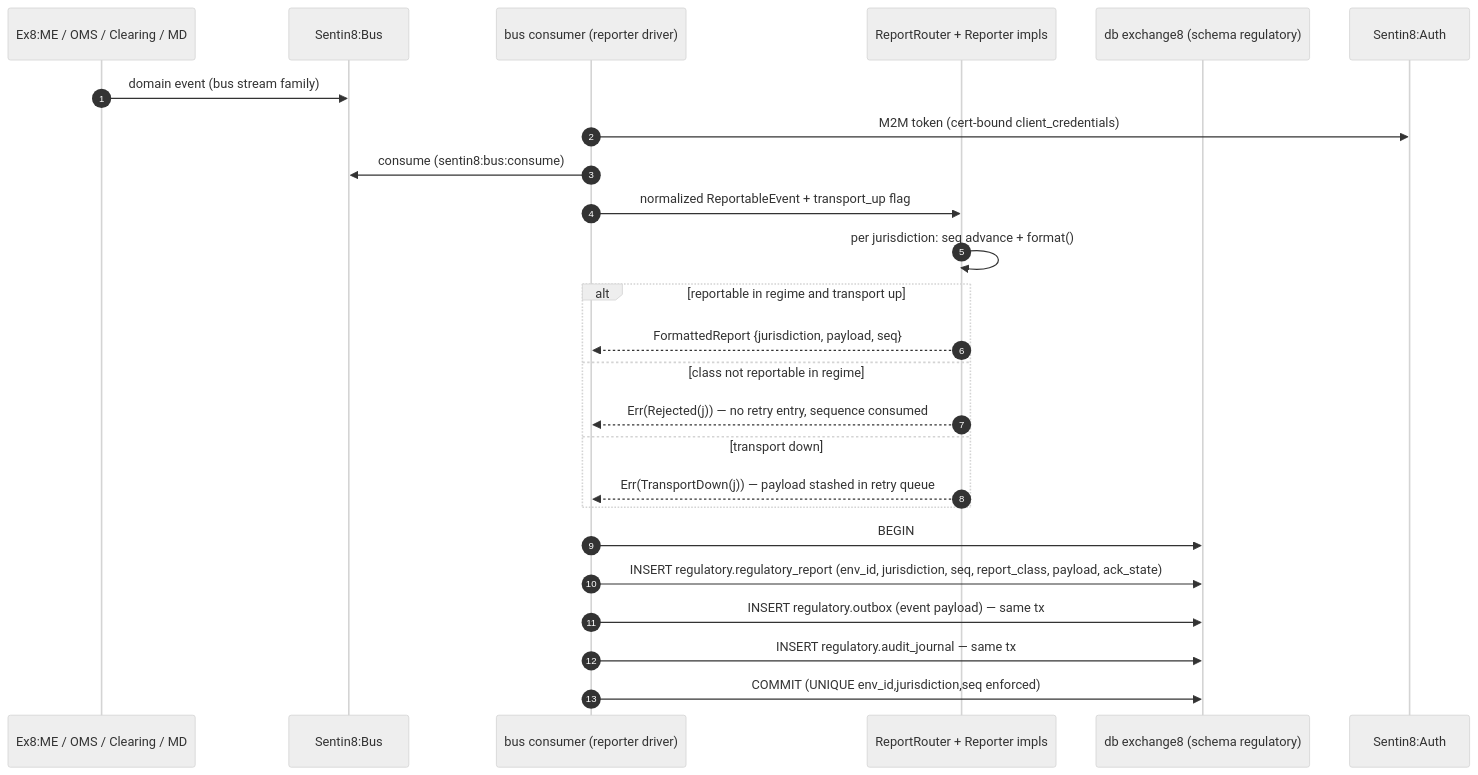
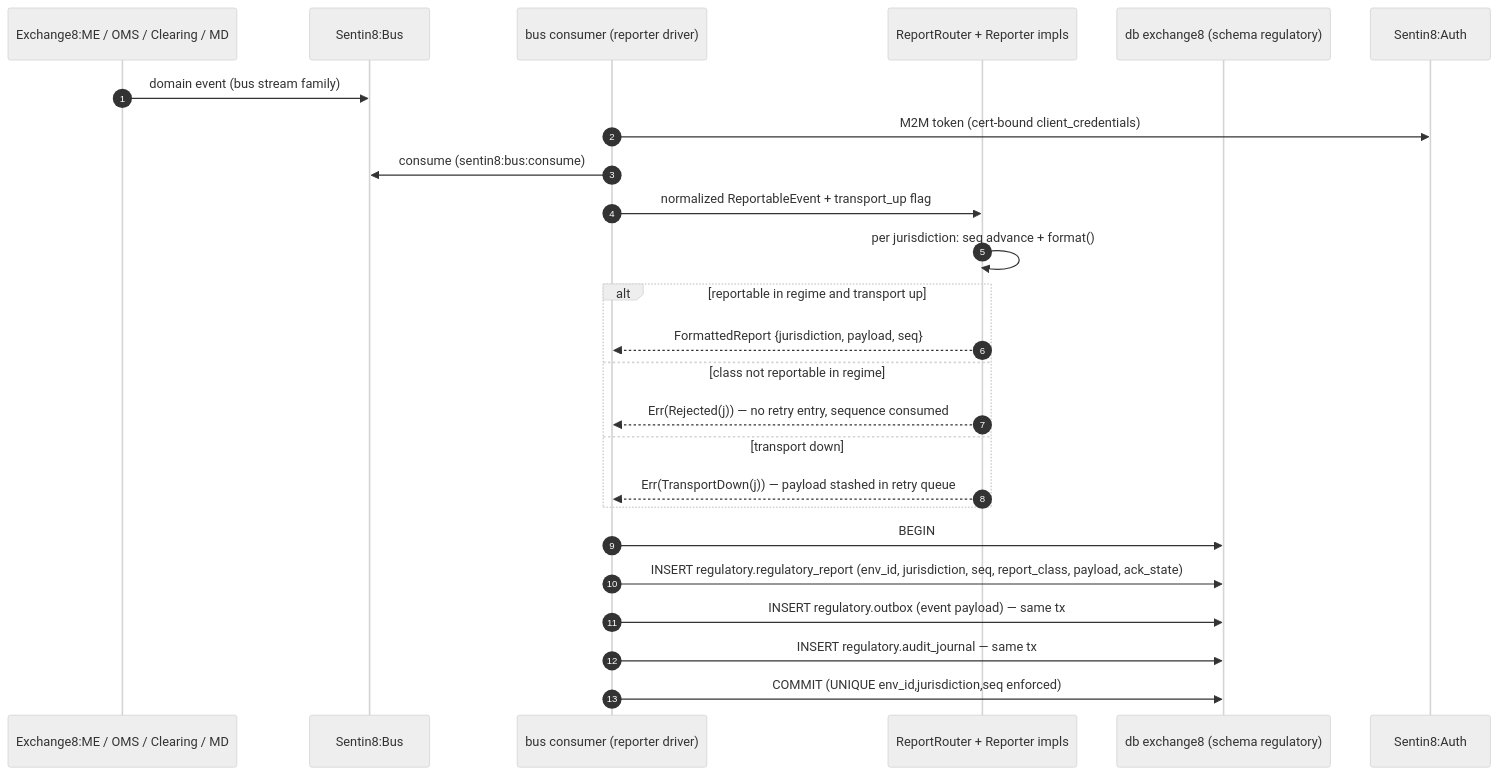
The fourth of 18 diagrams in DESIGN.md (Exchange8-dev/exchange8-regulatory), drawn with Mermaid (neutral theme) before and after one commit. The commit also changed other lines of this file and 6 other files, not shown here.

````diff
--- a/DESIGN.md
+++ b/DESIGN.md
@@ -156,28 +156,28 @@
 ```mermaid
 sequenceDiagram
     autonumber
-    participant SRC as Ex8:ME / OMS / Clearing / MD
+    participant SRC as Exchange8:ME / OMS / Clearing / MD
     participant B as Sentin8:Bus
     participant H as bus consumer (reporter driver)
     participant C as ReportRouter + Reporter impls
     participant DB as db exchange8 (schema regulatory)
     participant AUTH as Sentin8:Auth
 
     SRC->>B: domain event (bus stream family)
     H->>AUTH: M2M token (cert-bound client_credentials)
     H->>B: consume (sentin8:bus:consume)
     H->>C: normalized ReportableEvent + transport_up flag
     C->>C: per jurisdiction: seq advance + format()
     alt reportable in regime and transport up
         C-->>H: FormattedReport {jurisdiction, payload, seq}
     else class not reportable in regime
         C-->>H: Err(Rejected(j)) — no retry entry, sequence consumed
     else transport down
         C-->>H: Err(TransportDown(j)) — payload stashed in retry queue
     end
     H->>DB: BEGIN
     H->>DB: INSERT regulatory.regulatory_report (env_id, jurisdiction, seq, report_class, payload, ack_state)
     H->>DB: INSERT regulatory.outbox (event payload) — same tx
     H->>DB: INSERT regulatory.audit_journal — same tx
     H->>DB: COMMIT (UNIQUE env_id,jurisdiction,seq enforced)
 ```
````
